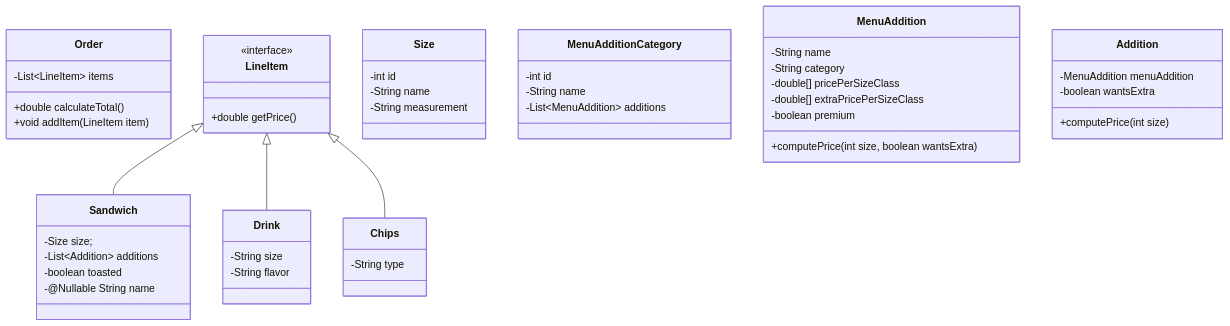
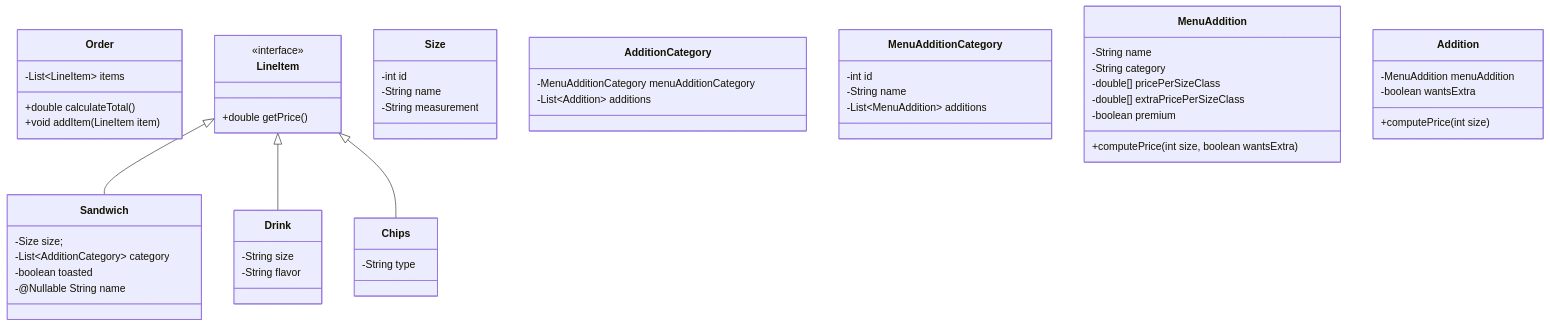
One commit to yuujn/nuclear-subs changed the first of 4 diagrams in diagrams/class_diagrams.md. Above: the diagram before and after it, drawn with Mermaid. The commit also changed 2 other files, not shown here.

Commit message:
clean up Sandwich model
We now represent the base price of a sandwich using its bread,
as the table in the assignment does, and store the components in
the stated categories.
With this change, the most inaccurate part of this is how we're calling
these "additions" instead of "components".

````diff
--- a/diagrams/class_diagrams.md
+++ b/diagrams/class_diagrams.md
@@ -3,54 +3,58 @@
 ```mermaid
 classDiagram
     class Order {
         -List&lt;LineItem&gt; items
         +double calculateTotal()
         +void addItem(LineItem item)
     }
     class LineItem {
         <<interface>>
         +double getPrice()
     }
 
     class Size {
         -int id
         -String name
         -String measurement
     }
 
     LineItem <|-- Sandwich
     class Sandwich {
         -Size size;
-        -List&lt;Addition&gt; additions
+        -List&lt;AdditionCategory&gt; category
         -boolean toasted
         -@Nullable String name
+    }
+    class AdditionCategory {
+        -MenuAdditionCategory menuAdditionCategory
+        -List&lt;Addition&gt; additions
     }
     class MenuAdditionCategory {
         -int id
         -String name
         -List&lt;MenuAddition&gt; additions
     }
     class MenuAddition {
         -String name
         -String category
         -double[] pricePerSizeClass
         -double[] extraPricePerSizeClass
         -boolean premium
         +computePrice(int size, boolean wantsExtra)
     }
     class Addition {
         -MenuAddition menuAddition
         -boolean wantsExtra
         +computePrice(int size)
     }
     
     LineItem <|-- Drink
     class Drink {
         -String size
         -String flavor
     }
     LineItem <|-- Chips
     class Chips {
         -String type
     }
 ```
````
